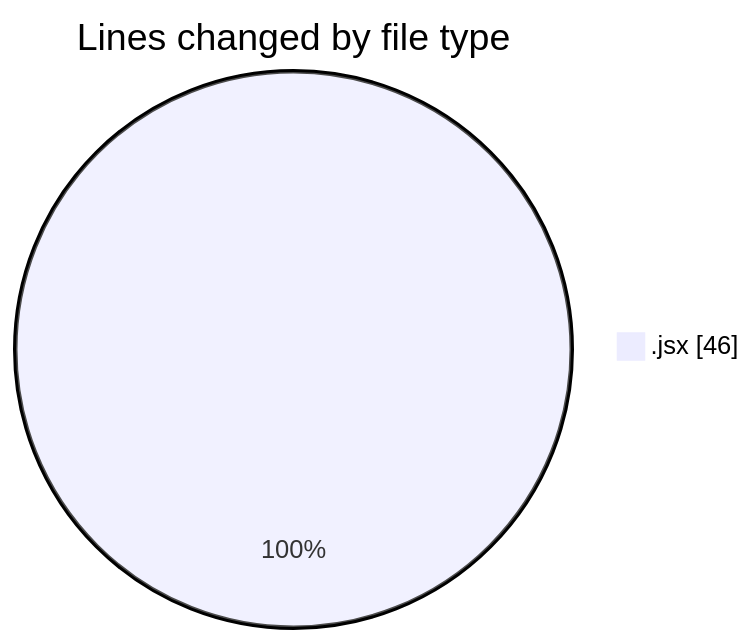
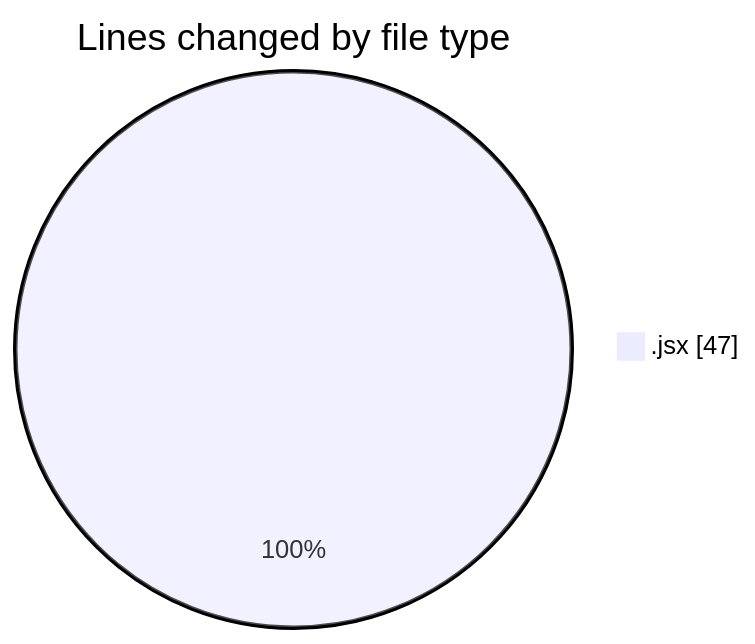
One commit to nxtqubesakshisongat/code-tracking changed the first of 2 diagrams in 2025-06-26/nxtqube_webapp/README.md. Above: the diagram before and after it, drawn with Mermaid. The commit also changed other lines of this file and 1 other file, not shown here.

````diff
--- a/2025-06-26/nxtqube_webapp/README.md
+++ b/2025-06-26/nxtqube_webapp/README.md
@@ -20,5 +20,5 @@
 ```mermaid
 pie showData
 title Lines changed by file type
-".jsx" : 46
+".jsx" : 47
 ```
````
